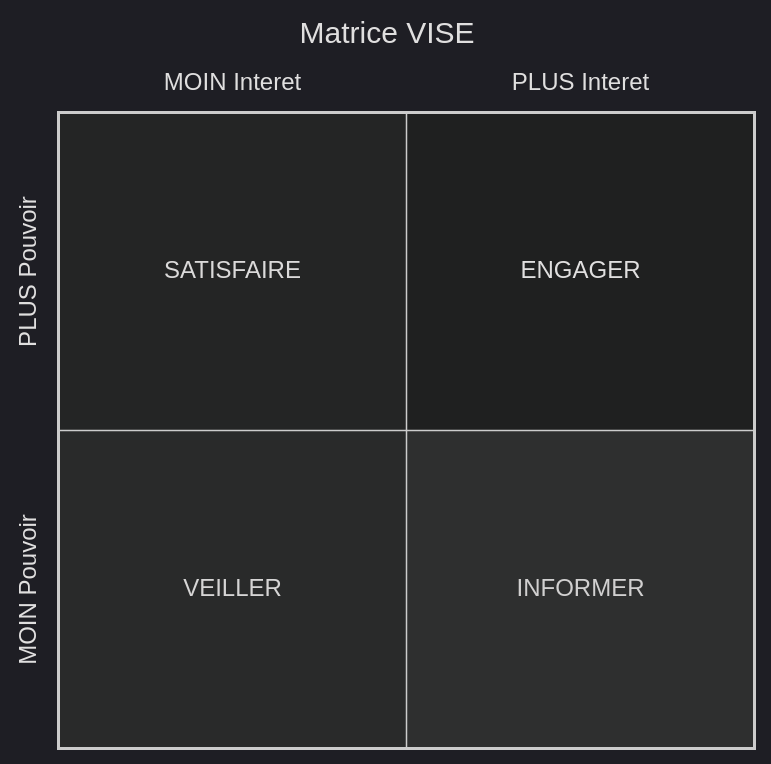
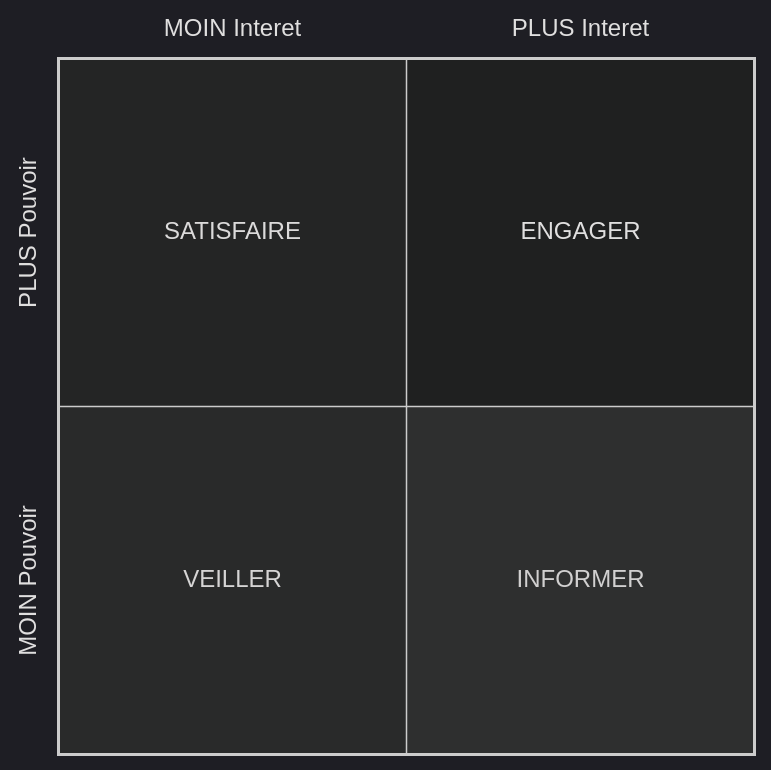
One commit to WyloW2RicardO/WyloW2RicardO changed the diagram in Cours/0-introduction.md. Above: the diagram before and after it, drawn with Mermaid. The commit also changed other lines of this file, not shown here.

Commit message:
note erreur sur le graphique

````diff
--- a/Cours/0-introduction.md
+++ b/Cours/0-introduction.md
@@ -44,11 +43,10 @@
 ```mermaid
 quadrantChart
     %%{init:{'theme':'dark'}}%%
-    title Matrice VISE
     x-axis MOIN Interet --> PLUS Interet
     y-axis MOIN Pouvoir --> PLUS Pouvoir
     quadrant-1 ENGAGER
     quadrant-2 SATISFAIRE
     quadrant-3 VEILLER
     quadrant-4 INFORMER
 ```
````
